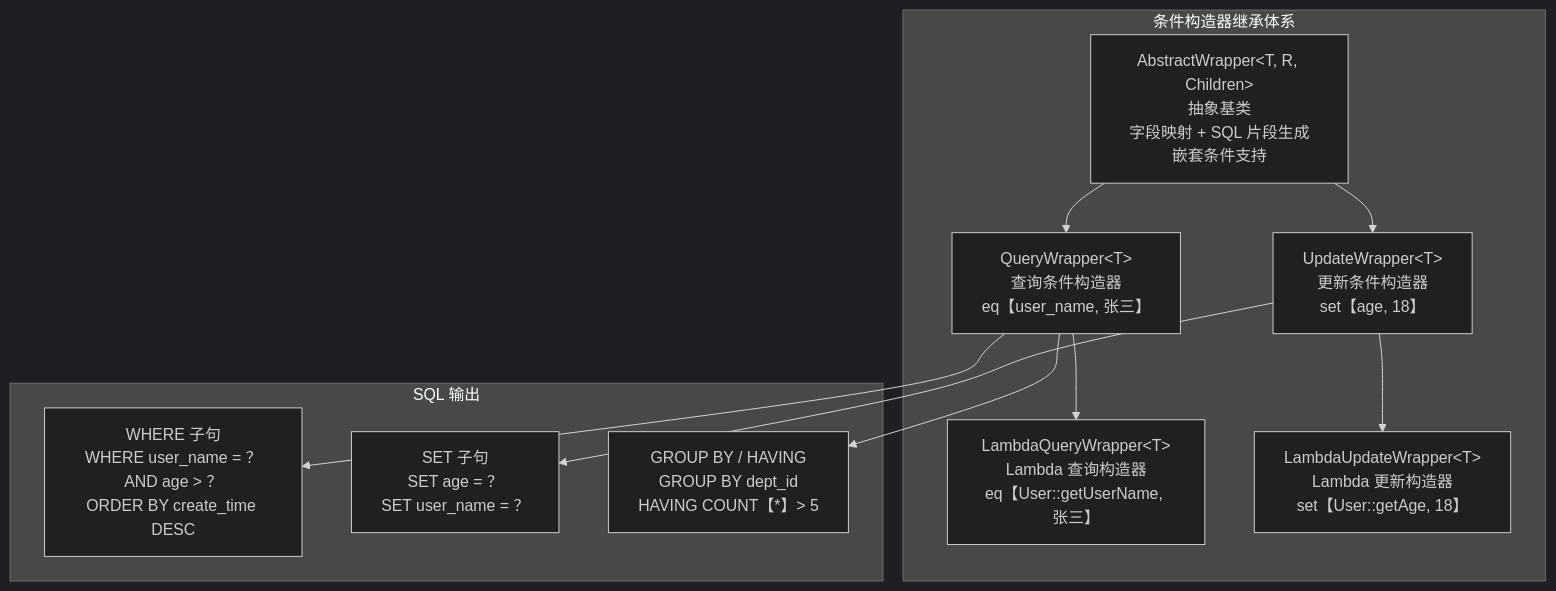
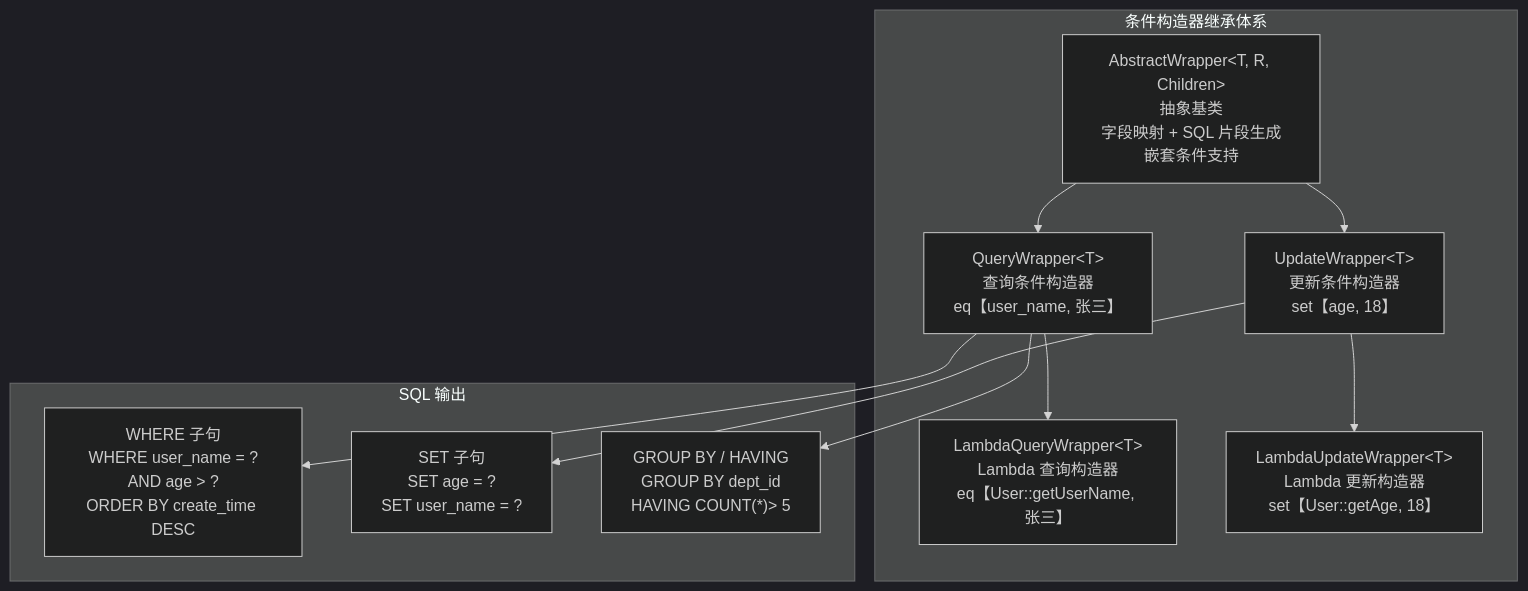
The eighth of 28 diagrams in src/content/philes/volume-1/Java-Backend/MyBatis-Plus深度解析.md (AH23333/Blog), drawn with Mermaid (dark theme) before and after one commit. The commit also changed other lines of this file and 17 other files, not shown here.

Commit message:
修复所有已知bug（mermaid渲染、表格识别），添加错误总结经验，暂时保留测试文件，准备考虑优化性能与重构

````diff
--- a/src/content/philes/volume-1/Java-Backend/MyBatis-Plus深度解析.md
+++ b/src/content/philes/volume-1/Java-Backend/MyBatis-Plus深度解析.md
@@ -360,24 +360,24 @@
 ```mermaid
 graph TB
     subgraph 条件构造器继承体系
         AW["AbstractWrapper&lt;T, R, Children&gt;<br/>抽象基类<br/>字段映射 + SQL 片段生成<br/>嵌套条件支持"]
         QW["QueryWrapper&lt;T&gt;<br/>查询条件构造器<br/>eq【user_name, 张三】"]
         UW["UpdateWrapper&lt;T&gt;<br/>更新条件构造器<br/>set【age, 18】"]
         LQW["LambdaQueryWrapper&lt;T&gt;<br/>Lambda 查询构造器<br/>eq【User::getUserName, 张三】"]
         LUW["LambdaUpdateWrapper&lt;T&gt;<br/>Lambda 更新构造器<br/>set【User::getAge, 18】"]
     end
 
     subgraph SQL 输出
-        SQL_WHERE["WHERE 子句<br/>WHERE user_name = ？<br/>AND age &gt; ？<br/>ORDER BY create_time DESC"]
-        SQL_SET["SET 子句<br/>SET age = ？<br/>SET user_name = ？"]
-        SQL_GROUP["GROUP BY / HAVING<br/>GROUP BY dept_id<br/>HAVING COUNT【*】&gt; 5"]
+        SQL_WHERE["WHERE 子句<br/>WHERE user_name = ?<br/>AND age &gt; ?<br/>ORDER BY create_time DESC"]
+        SQL_SET["SET 子句<br/>SET age = ?<br/>SET user_name = ?"]
+        SQL_GROUP["GROUP BY / HAVING<br/>GROUP BY dept_id<br/>HAVING COUNT(*)&gt; 5"]
     end
 
     AW --> QW
     AW --> UW
     QW --> LQW
     UW --> LUW
     QW --> SQL_WHERE
     UW --> SQL_SET
     QW --> SQL_GROUP
 ```
````
